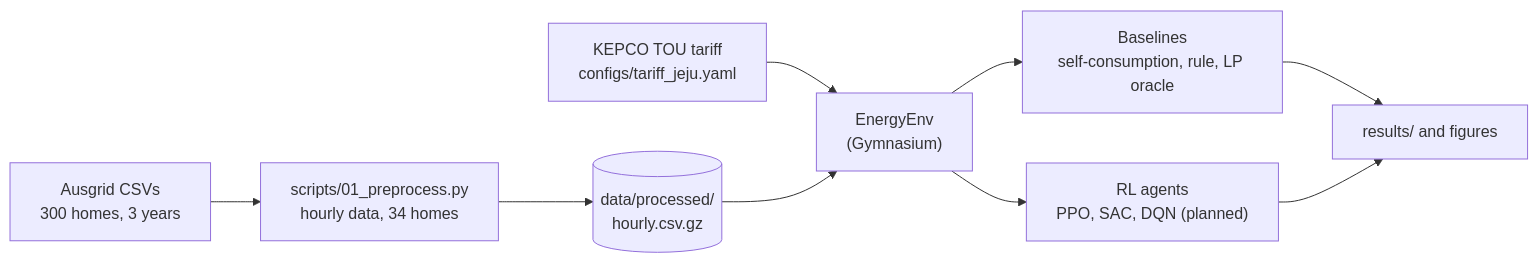
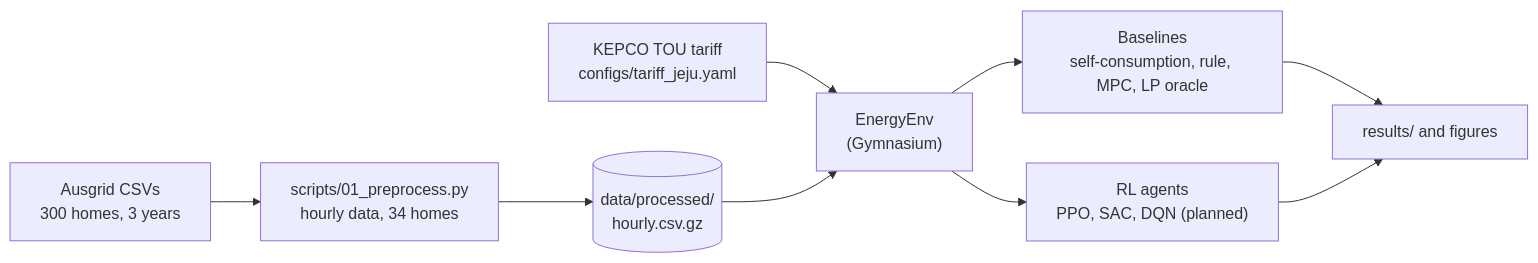
Before and after one commit to lechi-lilov/rl-home-battery: the diagram in README.md, drawn with Mermaid. The commit also changed other lines of this file and 22 other files, not shown here.

````diff
--- a/README.md
+++ b/README.md
@@ -46,11 +46,11 @@
 ```mermaid
 flowchart LR
     A["Ausgrid CSVs<br/>300 homes, 3 years"] --> B["scripts/01_preprocess.py<br/>hourly data, 34 homes"]
     B --> C[("data/processed/<br/>hourly.csv.gz")]
     T["KEPCO TOU tariff<br/>configs/tariff_jeju.yaml"] --> D
     C --> D["EnergyEnv<br/>(Gymnasium)"]
-    D --> E["Baselines<br/>self-consumption, rule, LP oracle"]
+    D --> E["Baselines<br/>self-consumption, rule, MPC, LP oracle"]
     D --> F["RL agents<br/>PPO, SAC, DQN (planned)"]
     E --> G["results/ and figures"]
     F --> G
 ```
````
